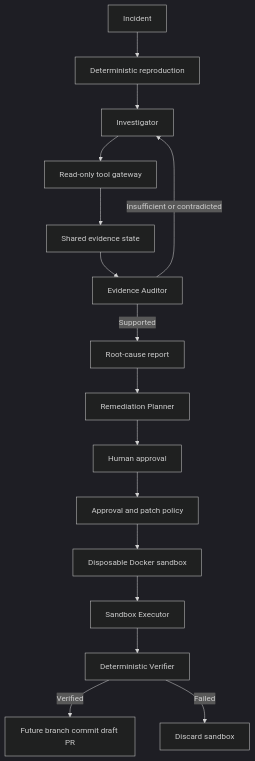
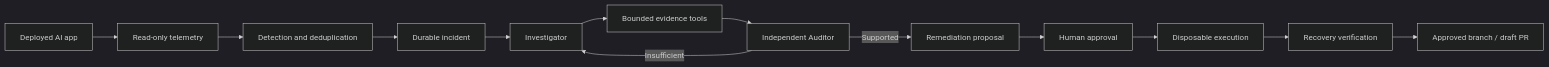
Before and after one commit to 23f3001800/TraceRoot: the diagram in README.md, drawn with Mermaid (dark theme). The commit also changed other lines of this file and 4 other files, not shown here.

````diff
--- a/README.md
+++ b/README.md
@@ -17,18 +44,15 @@
 ```mermaid
-flowchart TD
-    I[Incident] --> R[Deterministic reproduction]
-    R --> INV[Investigator]
-    INV --> TG[Read-only tool gateway]
-    TG --> ES[Shared evidence state]
-    ES --> AUD[Evidence Auditor]
-    AUD -->|Insufficient or contradicted| INV
-    AUD -->|Supported| RCA[Root-cause report]
-    RCA --> PLAN[Remediation Planner]
+flowchart LR
+    APP[Deployed AI app] --> OBS[Read-only telemetry]
+    OBS --> DET[Detection and deduplication]
+    DET --> INC[Durable incident]
+    INC --> INV[Investigator]
+    INV --> E[Bounded evidence tools]
+    E --> AUD[Independent Auditor]
+    AUD -->|Insufficient| INV
+    AUD -->|Supported| PLAN[Remediation proposal]
     PLAN --> HUMAN[Human approval]
-    HUMAN --> GATE[Approval and patch policy]
-    GATE --> SANDBOX[Disposable Docker sandbox]
-    SANDBOX --> EXEC[Sandbox Executor]
-    EXEC --> VERIFY[Deterministic Verifier]
-    VERIFY -->|Verified| GIT[Future branch commit draft PR]
-    VERIFY -->|Failed| DISCARD[Discard sandbox]
+    HUMAN --> DOCKER[Disposable execution]
+    DOCKER --> VERIFY[Recovery verification]
+    VERIFY --> PR[Approved branch / draft PR]
 ```
````
